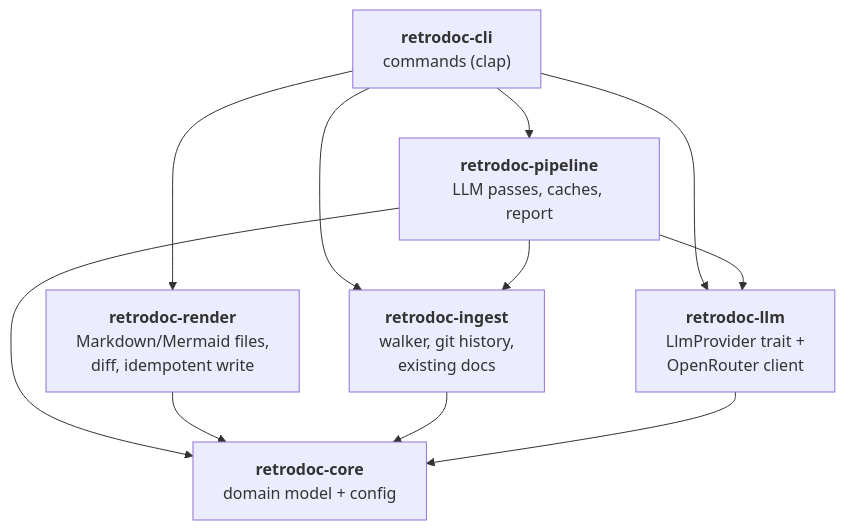
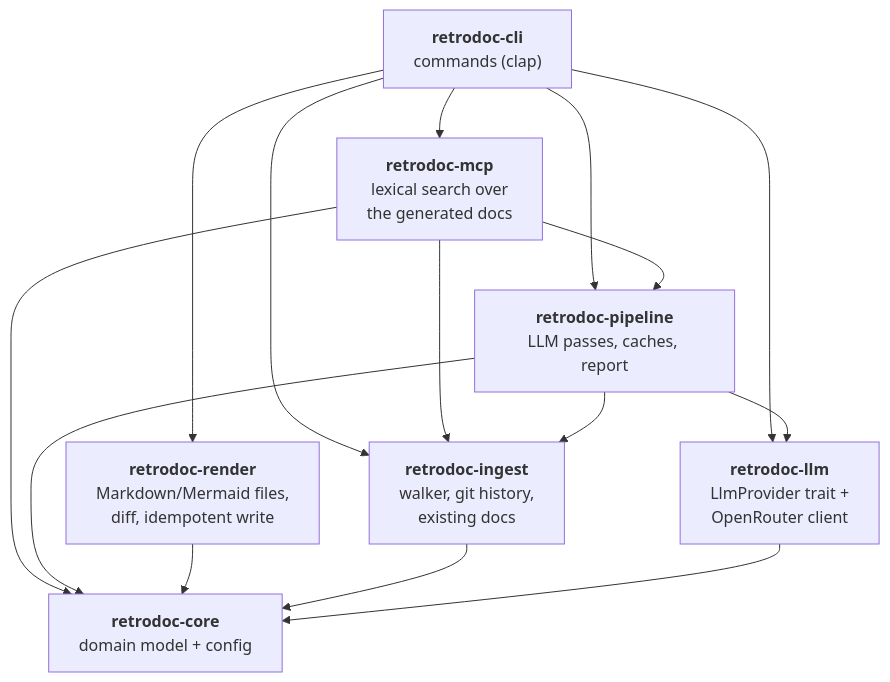
Before and after one commit to Electron-libre/RetroDoc: the second of 8 diagrams in docs/ARCHITECTURE.md, drawn with Mermaid. The commit also changed other lines of this file and 14 other files, not shown here.

First line of the commit message:
feat(mcp): add a lexical search over the generated docs

````diff
--- a/docs/ARCHITECTURE.md
+++ b/docs/ARCHITECTURE.md
@@ -27,20 +27,25 @@
 ```mermaid
 flowchart TD
     cli["<b>retrodoc-cli</b><br/>commands (clap)"]
     pipe["<b>retrodoc-pipeline</b><br/>LLM passes, caches, report"]
     render["<b>retrodoc-render</b><br/>Markdown/Mermaid files,<br/>diff, idempotent write"]
+    mcp["<b>retrodoc-mcp</b><br/>lexical search over<br/>the generated docs"]
     ingest["<b>retrodoc-ingest</b><br/>walker, git history,<br/>existing docs"]
     llm["<b>retrodoc-llm</b><br/>LlmProvider trait +<br/>OpenRouter client"]
     core["<b>retrodoc-core</b><br/>domain model + config"]
 
     cli --> pipe
     cli --> render
     cli --> ingest
     cli --> llm
+    cli --> mcp
+    mcp --> pipe
+    mcp --> ingest
+    mcp --> core
     pipe --> ingest
     pipe --> llm
     pipe --> core
     render --> core
     ingest --> core
     llm --> core
 ```
````
